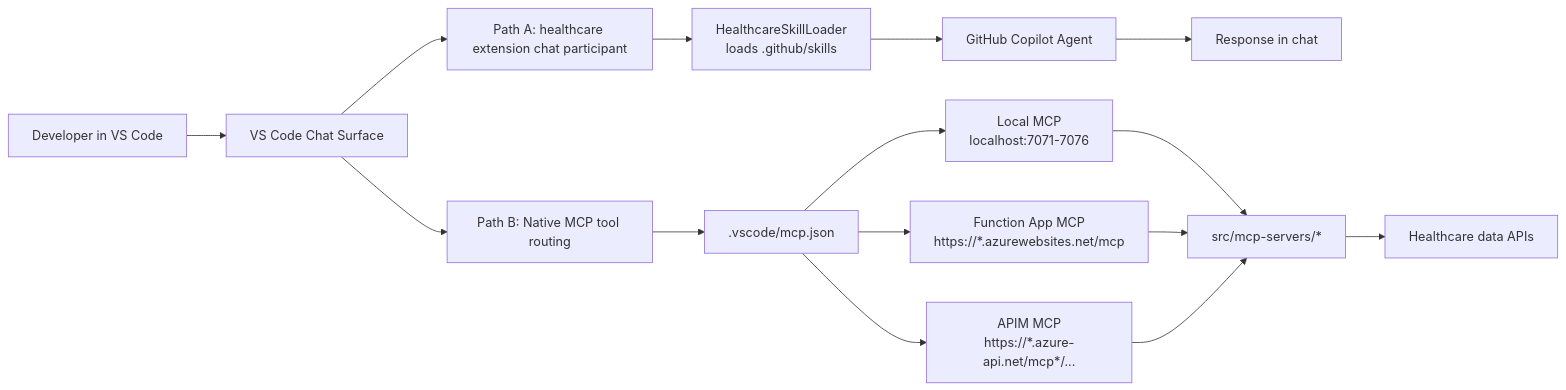
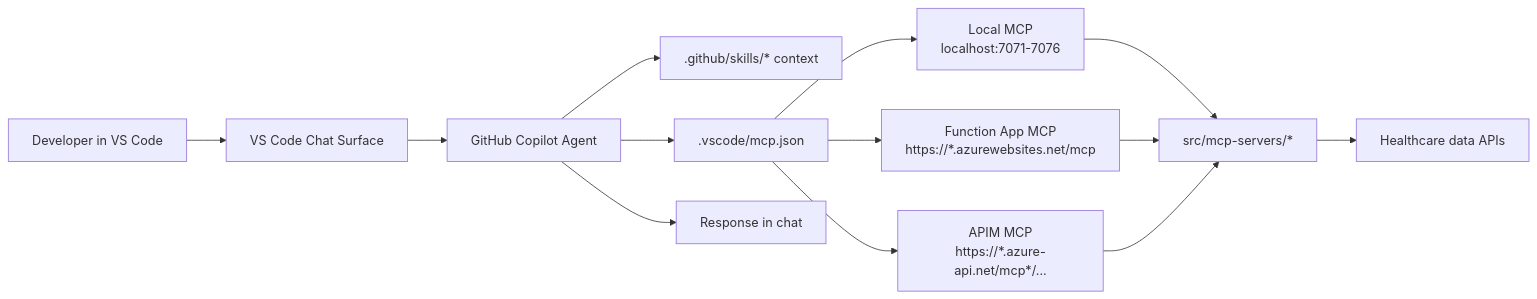
The first of 8 diagrams in docs/SKILLS-FLOW-MAP.md (JinLee794/Azure-Healthcare-Marketplace-Demo), drawn with Mermaid before and after one commit. The commit also changed other lines of this file and 216 other files, not shown here.

````diff
--- a/docs/SKILLS-FLOW-MAP.md
+++ b/docs/SKILLS-FLOW-MAP.md
@@ -7,19 +7,15 @@
 ```mermaid
 flowchart LR
-    U[Developer in VS Code] --> VSC[VS Code Chat Surface]
-
-    VSC --> EXT[Path A: healthcare extension chat participant]
-    EXT --> SL[HealthcareSkillLoader<br/>loads .github/skills]
-    SL --> LM[GitHub Copilot Agent]
-    LM --> R1[Response in chat]
-
-    VSC --> MCPMODE[Path B: Native MCP tool routing]
-    MCPMODE --> M[.vscode/mcp.json]
-    M --> L[Local MCP<br/>localhost:7071-7076]
-    M --> F[Function App MCP<br/>https://*.azurewebsites.net/mcp]
-    M --> A[APIM MCP<br/>https://*.azure-api.net/mcp*/...]
+    U["Developer in VS Code"] --> VSC["VS Code Chat Surface"]
+    VSC --> LM["GitHub Copilot Agent"]
+    LM --> SK[".github/skills/* context"]
+    LM --> M[".vscode/mcp.json"]
+    M --> L["Local MCP<br/>localhost:7071-7076"]
+    M --> F["Function App MCP<br/>https://*.azurewebsites.net/mcp"]
+    M --> A["APIM MCP<br/>https://*.azure-api.net/mcp*/..."]
     L --> X[src/mcp-servers/*]
     F --> X
     A --> X
-    X --> E[Healthcare data APIs]
+    X --> E["Healthcare data APIs"]
+    LM --> R1["Response in chat"]
 ```
````
